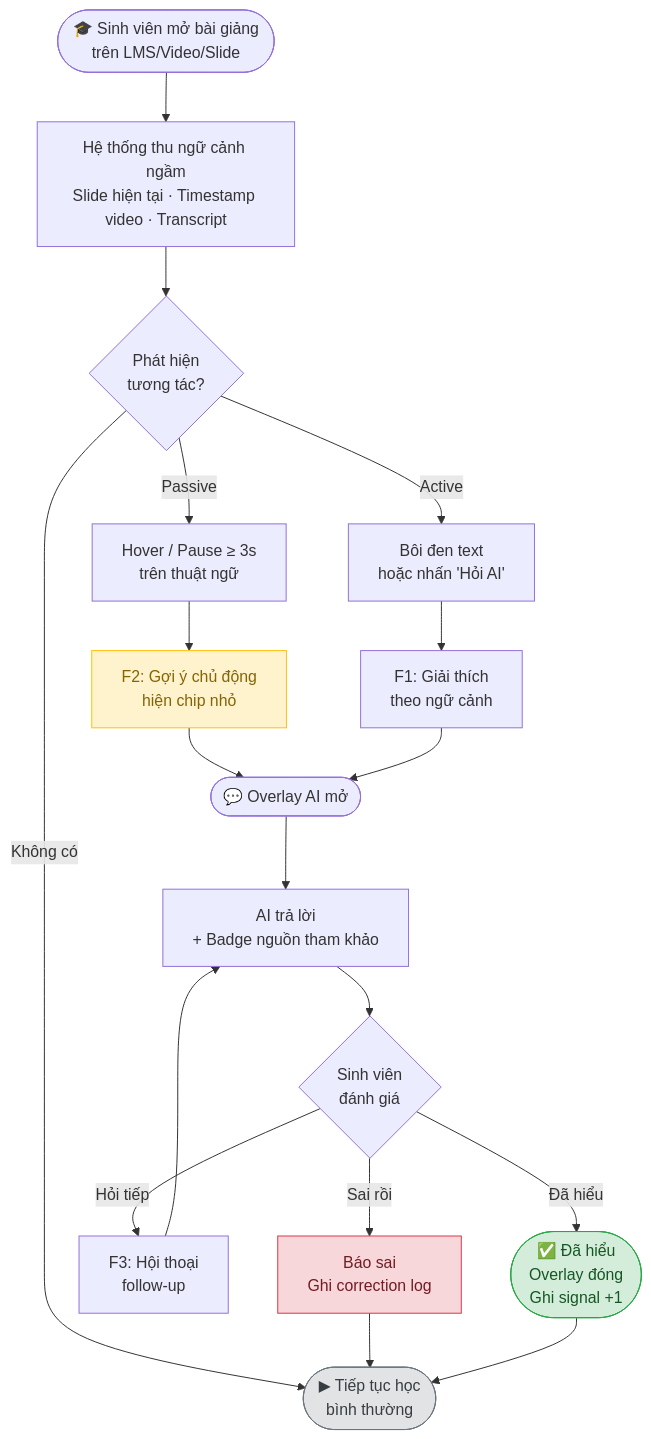
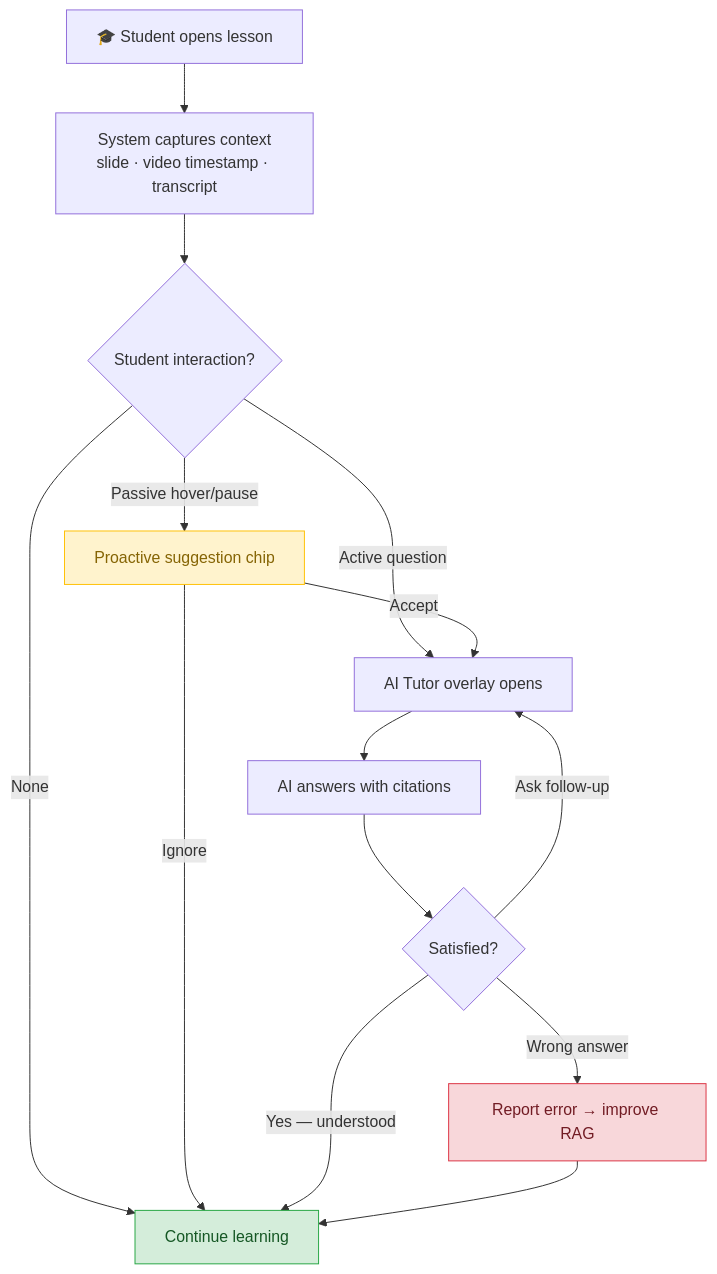
One commit to luannnguyenai/team49-backup changed the first of 2 diagrams in architecture/ux.md. Above: the diagram before and after it, drawn with Mermaid. The commit also changed other lines of this file and 14 other files, not shown here.

````diff
--- a/architecture/ux.md
+++ b/architecture/ux.md
@@ -18,51 +7,28 @@
 ```mermaid
 graph TD
-    START(["🎓 Sinh viên mở bài giảng\ntrên LMS/Video/Slide"])
-    CTX["Hệ thống thu ngữ cảnh ngầm\nSlide hiện tại · Timestamp video · Transcript"]
-    DETECT{"Phát hiện\ntương tác?"}
+    A["🎓 Student opens lesson"] --> B["System captures context\nslide · video timestamp · transcript"]
+    B --> C{"Student interaction?"}
 
-    HOVER["Hover / Pause ≥ 3s\ntrên thuật ngữ"]
-    CLICK["Bôi đen text\nhoặc nhấn 'Hỏi AI'"]
-    CONTINUE(["▶ Tiếp tục học\nbình thường"])
+    C -->|"Passive hover/pause"| D["Proactive suggestion chip"]
+    C -->|"Active question"| E["AI Tutor overlay opens"]
+    C -->|"None"| F["Continue learning"]
 
-    PROACTIVE["F2: Gợi ý chủ động\nhiện chip nhỏ"]
-    EXPLICIT["F1: Giải thích\ntheo ngữ cảnh"]
+    D -->|"Accept"| E
+    D -->|"Ignore"| F
 
-    OVERLAY(["💬 Overlay AI mở"])
-    RESPONSE["AI trả lời\n+ Badge nguồn tham khảo"]
+    E --> G["AI answers with citations"]
+    G --> H{"Satisfied?"}
 
-    EVAL{"Sinh viên\nđánh giá"}
-    UNDERSTOOD(["✅ Đã hiểu\nOverlay đóng\nGhi signal +1"])
-    FOLLOWUP["F3: Hội thoại\nfollow-up"]
-    WRONG["Báo sai\nGhi correction log"]
-
-    START --> CTX
-    CTX --> DETECT
-    DETECT -- "Passive" --> HOVER
-    DETECT -- "Active" --> CLICK
-    DETECT -- "Không có" --> CONTINUE
-
-    HOVER --> PROACTIVE
-    CLICK --> EXPLICIT
-    PROACTIVE --> OVERLAY
-    EXPLICIT --> OVERLAY
-
-    OVERLAY --> RESPONSE
-    RESPONSE --> EVAL
-    EVAL -- "Đã hiểu" --> UNDERSTOOD
-    EVAL -- "Hỏi tiếp" --> FOLLOWUP
-    EVAL -- "Sai rồi" --> WRONG
-    FOLLOWUP --> RESPONSE
-    WRONG --> CONTINUE
-    UNDERSTOOD --> CONTINUE
+    H -->|"Yes — understood"| F
+    H -->|"Ask follow-up"| E
+    H -->|"Wrong answer"| I["Report error → improve RAG"]
+    I --> F
 
     classDef happy fill:#d4edda,stroke:#28a745,color:#155724
-    classDef fail fill:#f8d7da,stroke:#dc3545,color:#721c24
-    classDef warn fill:#fff3cd,stroke:#ffc107,color:#856404
-    classDef neutral fill:#e2e3e5,stroke:#6c757d,color:#383d41
+    classDef warn  fill:#fff3cd,stroke:#ffc107,color:#856404
+    classDef fail  fill:#f8d7da,stroke:#dc3545,color:#721c24
 
-    class UNDERSTOOD happy
-    class WRONG fail
-    class PROACTIVE warn
-    class CONTINUE neutral
+    class F happy
+    class D warn
+    class I fail
 ```
````
